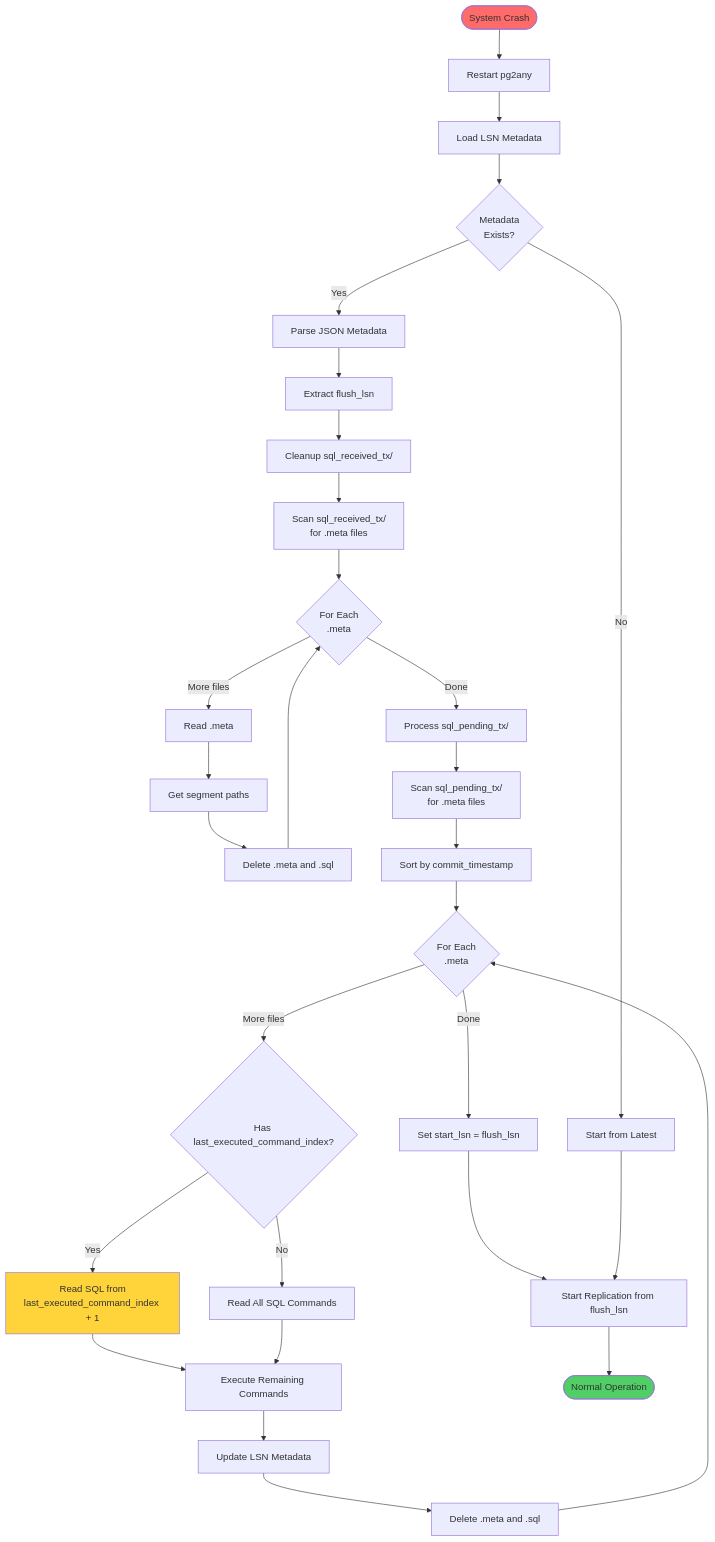
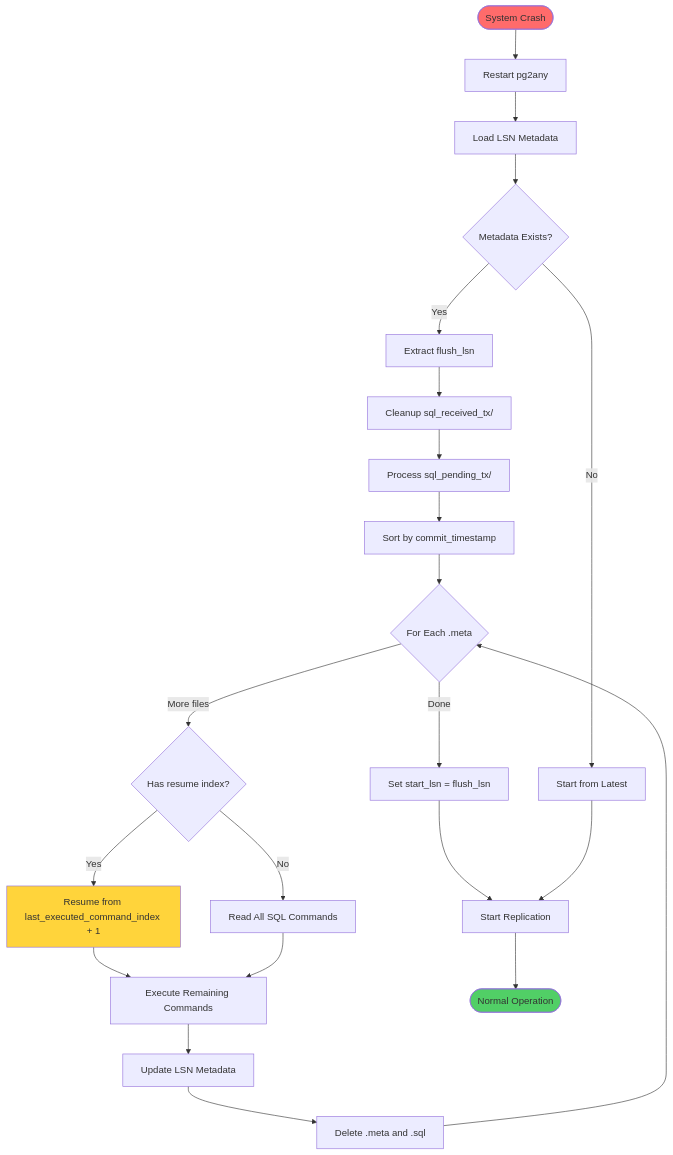
The second of 2 diagrams in README.md (isdaniel/pg2any), drawn with Mermaid before and after one commit. The commit also changed other lines of this file and 46 other files, not shown here.

````diff
--- a/README.md
+++ b/README.md
@@ -272,48 +173,36 @@
 ```mermaid
 graph TB
     Crash([System Crash]) --> Restart[Restart pg2any]
     Restart --> LoadMeta[Load LSN Metadata]
-    LoadMeta --> CheckMeta{Metadata<br/>Exists?}
-    
+    LoadMeta --> CheckMeta{Metadata Exists?}
+
     CheckMeta -->|No| StartFresh[Start from Latest]
-    CheckMeta -->|Yes| ParseMeta[Parse JSON Metadata]
-    
-    ParseMeta --> GetLSN[Extract flush_lsn]
-    
+    CheckMeta -->|Yes| GetLSN[Extract flush_lsn]
+
     GetLSN --> CleanReceived[Cleanup sql_received_tx/]
-    
-    CleanReceived --> ScanReceived[Scan sql_received_tx/<br/>for .meta files]
-    ScanReceived --> ForEachReceived{For Each<br/>.meta}
-    
-    ForEachReceived -->|More files| ReadReceivedMeta[Read .meta]
-    ForEachReceived -->|Done| ProcessPending[Process sql_pending_tx/]
-    
-    ReadReceivedMeta --> GetDataFile[Get segment paths]
-    GetDataFile --> DeleteIncomplete[Delete .meta and .sql]
-    DeleteIncomplete --> ForEachReceived
-    
-    ProcessPending --> ScanPending[Scan sql_pending_tx/<br/>for .meta files]
-    ScanPending --> SortByTimestamp[Sort by commit_timestamp]
-    SortByTimestamp --> ForEachPending{For Each<br/>.meta}
-    
-    ForEachPending -->|More files| CheckResumeFile{Has last_executed_command_index?}
+    CleanReceived --> ProcessPending[Process sql_pending_tx/]
+
+    ProcessPending --> SortByTimestamp[Sort by commit_timestamp]
+    SortByTimestamp --> ForEachPending{For Each .meta}
+
+    ForEachPending -->|More files| CheckResume{Has resume index?}
     ForEachPending -->|Done| SetStartLSN[Set start_lsn = flush_lsn]
-    
-    CheckResumeFile -->|Yes| ResumeFromIndex[Read SQL from<br/>last_executed_command_index + 1]
-    CheckResumeFile -->|No| ReadAllCommands[Read All SQL Commands]
-    
-    ResumeFromIndex --> ExecuteRecovery[Execute Remaining Commands]
-    ReadAllCommands --> ExecuteRecovery
-    
-    ExecuteRecovery --> UpdateRecoveryLSN[Update LSN Metadata]
-    UpdateRecoveryLSN --> DeleteRecoveryFiles[Delete .meta and .sql]
-    DeleteRecoveryFiles --> ForEachPending
-    
-    SetStartLSN --> StartReplication[Start Replication from flush_lsn]
+
+    CheckResume -->|Yes| ResumeFromIndex[Resume from last_executed_command_index + 1]
+    CheckResume -->|No| ReadAll[Read All SQL Commands]
+
+    ResumeFromIndex --> Execute[Execute Remaining Commands]
+    ReadAll --> Execute
+
+    Execute --> UpdateLSN[Update LSN Metadata]
+    UpdateLSN --> DeleteFiles[Delete .meta and .sql]
+    DeleteFiles --> ForEachPending
+
+    SetStartLSN --> StartReplication[Start Replication]
     StartFresh --> StartReplication
     StartReplication --> NormalOperation([Normal Operation])
-    
+
     style Crash fill:#ff6b6b
     style NormalOperation fill:#51cf66
     style ResumeFromIndex fill:#ffd43b
 ```
````
